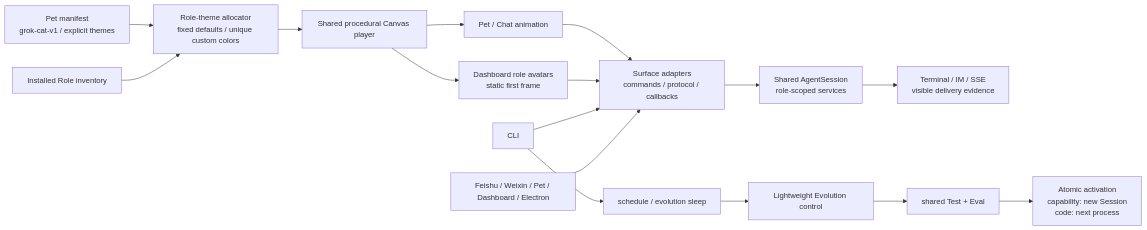
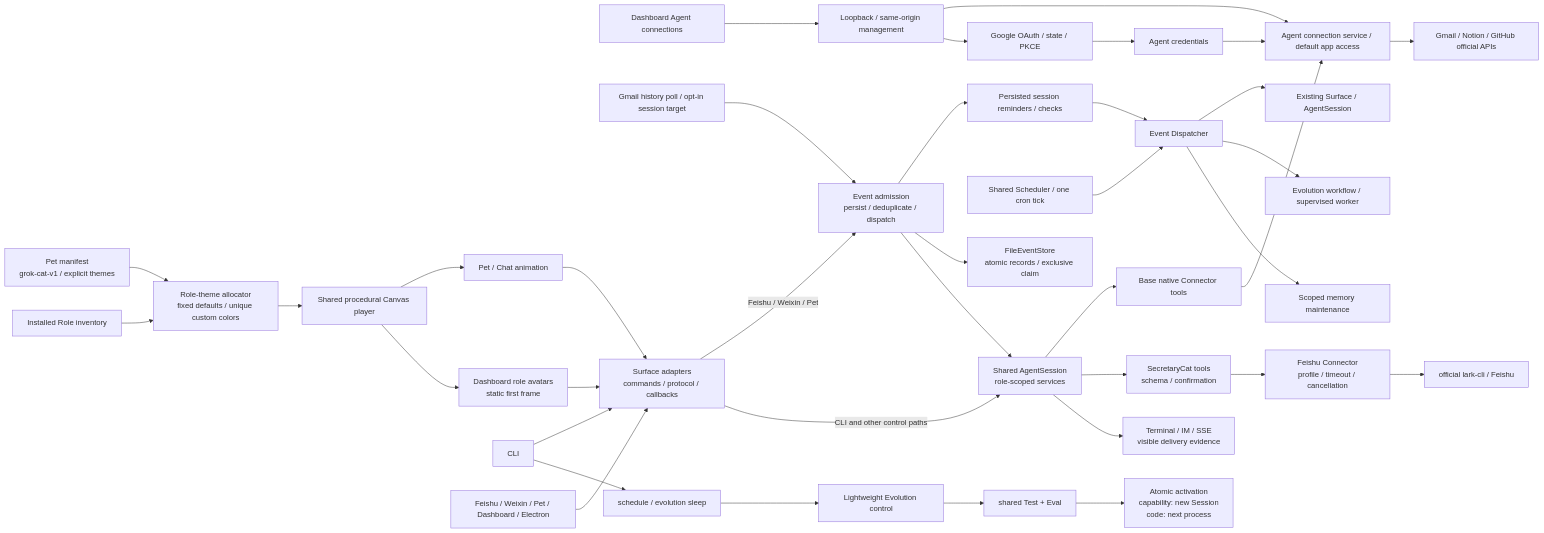
The first of 2 diagrams in docs/surface/SPEC.md (fightheyyy/xiaobaOS), drawn with Mermaid before and after one commit. The commit also changed other lines of this file and 129 other files, not shown here.

Commit message:
feat: add personal agent events, memory, connectors and sandbox runtime

````diff
--- a/docs/surface/SPEC.md
+++ b/docs/surface/SPEC.md
@@ -41,18 +42,39 @@
 ```mermaid
 flowchart LR
+    ConnectorPage["Dashboard Agent connections"] --> LocalAdmin["Loopback / same-origin management"]
+    LocalAdmin --> AppService
+    LocalAdmin --> OAuth["Google OAuth / state / PKCE"]
+    OAuth --> AgentCredentials
+    Session --> NativeTools["Base native Connector tools"]
+    NativeTools --> AppService["Agent connection service / default app access"]
+    AgentCredentials["Agent credentials"] --> AppService
+    GmailHistory["Gmail history poll / opt-in session target"] --> Event
+    Event --> SessionTimer
+    AppService --> AppAPI["Gmail / Notion / GitHub official APIs"]
+    SessionTimer["Persisted session reminders / checks"] --> ScheduledEvents
+    ScheduledEvents --> SessionWake["Existing Surface / AgentSession"]
+    DailyScheduler["Shared Scheduler / one cron tick"] --> ScheduledEvents["Event Dispatcher"]
+    ScheduledEvents --> EvolutionConsumer["Evolution workflow / supervised worker"]
+    ScheduledEvents --> MemoryConsumer["Scoped memory maintenance"]
     PetAssets["Pet manifest<br/>grok-cat-v1 / explicit themes"] --> ThemeAllocator["Role-theme allocator<br/>fixed defaults / unique custom colors"]
     RoleInventory["Installed Role inventory"] --> ThemeAllocator
     ThemeAllocator --> PetPlayer["Shared procedural Canvas player"]
     PetPlayer --> PetViews["Pet / Chat animation"]
     PetPlayer --> DashboardAvatars["Dashboard role avatars<br/>static first frame"]
     PetViews --> Adapters
     DashboardAvatars --> Adapters
     CLI["CLI"] --> Adapters["Surface adapters<br/>commands / protocol / callbacks"]
     Channels["Feishu / Weixin / Pet / Dashboard / Electron"] --> Adapters
-    Adapters --> Session["Shared AgentSession<br/>role-scoped services"]
+    Adapters -->|Feishu / Weixin / Pet| Event["Event admission<br/>persist / deduplicate / dispatch"]
+    Event --> Store["FileEventStore<br/>atomic records / exclusive claim"]
+    Event --> Session["Shared AgentSession<br/>role-scoped services"]
+    Adapters -->|CLI and other control paths| Session
+    Session --> Tools["SecretaryCat tools<br/>schema / confirmation"]
+    Tools --> Connector["Feishu Connector<br/>profile / timeout / cancellation"]
+    Connector --> Lark["official lark-cli / Feishu"]
     Session --> Delivery["Terminal / IM / SSE<br/>visible delivery evidence"]
     CLI --> Sleep["schedule / evolution sleep"]
     Sleep --> Control["Lightweight Evolution control"]
     Control --> TestEval["shared Test + Eval"]
     TestEval --> Activation["Atomic activation<br/>capability: new Session<br/>code: next process"]
 ```
````
